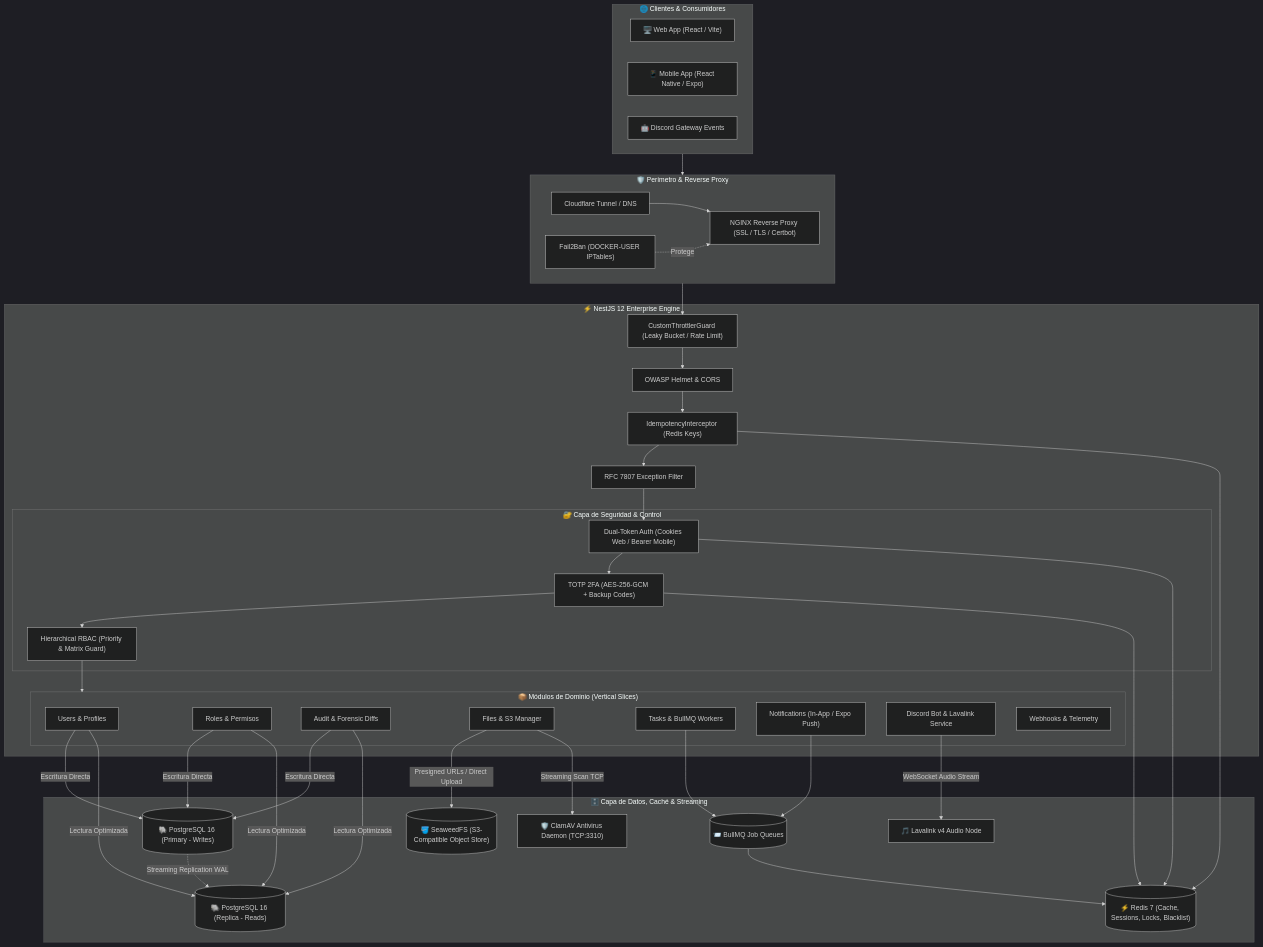
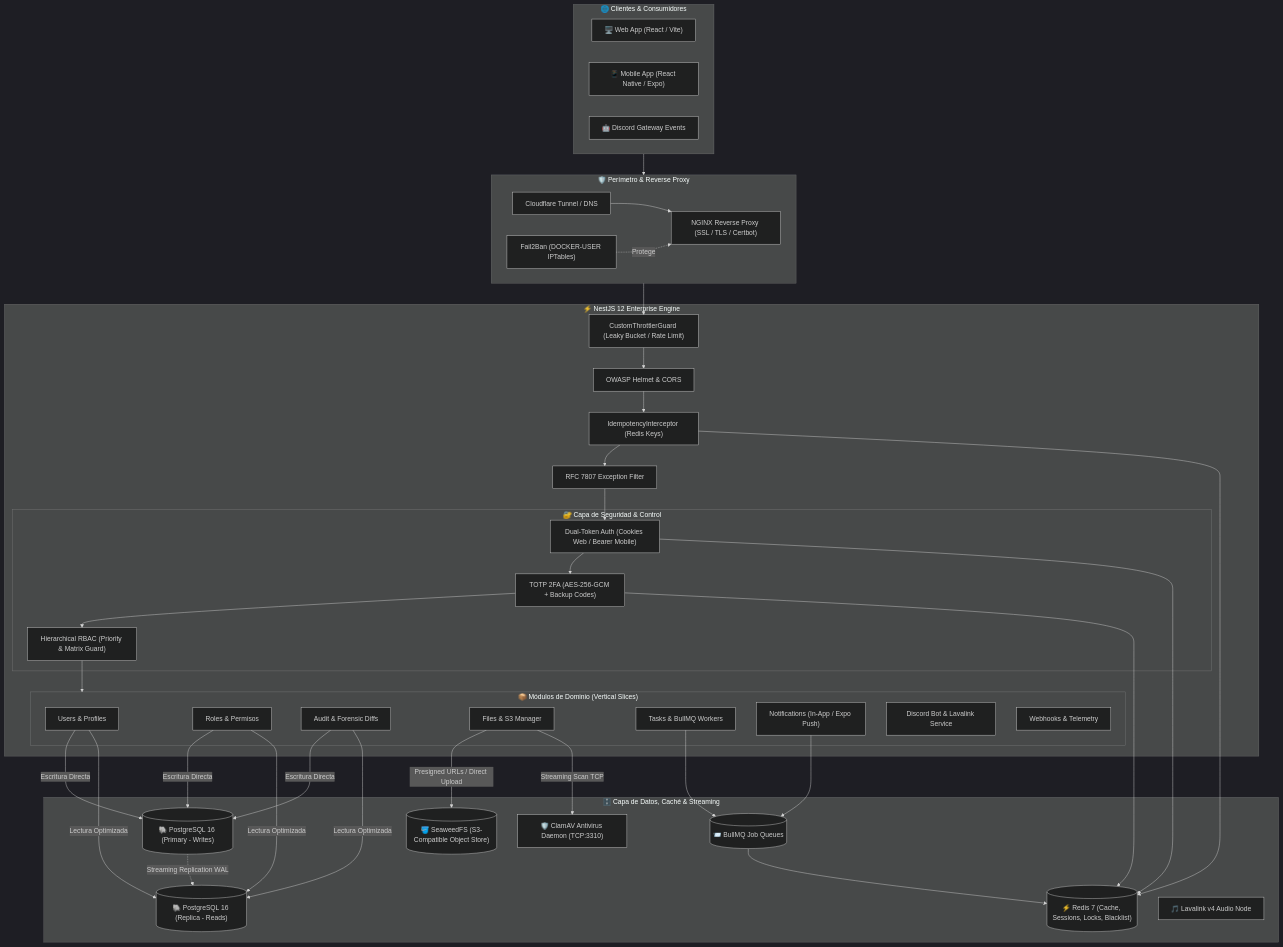
The diagram in README.md (Nano-DevCode/nestjs-backend-core), drawn with Mermaid (dark theme) before and after one commit. The commit also changed other lines of this file and 4 other files, not shown here.

````diff
--- a/README.md
+++ b/README.md
@@ -43,68 +41,67 @@
 ```mermaid
 flowchart TD
     subgraph Clients["🌐 Clientes & Consumidores"]
         Web["🖥️ Web App (React / Vite)"]
         Mobile["📱 Mobile App (React Native / Expo)"]
         Discord["🤖 Discord Gateway Events"]
     end
 
     subgraph Perimeter["🛡️ Perímetro & Reverse Proxy"]
         CF["Cloudflare Tunnel / DNS"]
         F2B["Fail2Ban (DOCKER-USER IPTables)"]
         Nginx["NGINX Reverse Proxy (SSL / TLS / Certbot)"]
         CF --> Nginx
         F2B -.->|Protege| Nginx
     end
 
     subgraph API_Core["⚡ NestJS 12 Enterprise Engine"]
         Throttler["CustomThrottlerGuard (Leaky Bucket / Rate Limit)"]
         Helmet["OWASP Helmet & CORS"]
         Idemp["IdempotencyInterceptor (Redis Keys)"]
         RFC7807["RFC 7807 Exception Filter"]
         
         subgraph Auth_Security["🔐 Capa de Seguridad & Control"]
             DualAuth["Dual-Token Auth (Cookies Web / Bearer Mobile)"]
             TwoFactor["TOTP 2FA (AES-256-GCM + Backup Codes)"]
             RBAC["Hierarchical RBAC (Priority & Matrix Guard)"]
         end
 
         subgraph Core_Domains["📦 Módulos de Dominio (Vertical Slices)"]
             Users["Users & Profiles"]
             Roles["Roles & Permisos"]
             Audit["Audit & Forensic Diffs"]
             FilesModule["Files & S3 Manager"]
             Tasks["Tasks & BullMQ Workers"]
             Notifications["Notifications (In-App / Expo Push)"]
             DiscordBot["Discord Bot & Lavalink Service"]
             Webhooks["Webhooks & Telemetry"]
         end
     end
 
     subgraph Persistence["🗄️ Capa de Datos, Caché & Streaming"]
         PG_Primary[("🐘 PostgreSQL 16 (Primary - Writes)")]
         PG_Replica[("🐘 PostgreSQL 16 (Replica - Reads)")]
         Redis_Store[("⚡ Redis 7 (Cache, Sessions, Locks, Blacklist)")]
         BullMQ_Queues[("📨 BullMQ Job Queues")]
         Seaweed_S3[("🪣 SeaweedFS (S3-Compatible Object Store)")]
         ClamAV_Daemon["🛡️ ClamAV Antivirus Daemon (TCP:3310)"]
         Lavalink_Node["🎵 Lavalink v4 Audio Node"]
     end
 
     Clients --> Perimeter
     Perimeter --> Throttler
     Throttler --> Helmet --> Idemp --> RFC7807
     RFC7807 --> DualAuth --> TwoFactor --> RBAC
     RBAC --> Core_Domains
 
     Users & Roles & Audit -->|Escritura Directa| PG_Primary
     Users & Roles & Audit -->|Lectura Optimizada| PG_Replica
     PG_Primary -.->|Streaming Replication WAL| PG_Replica
     
     DualAuth & Idemp & TwoFactor --> Redis_Store
     Tasks & Notifications --> BullMQ_Queues
     BullMQ_Queues --> Redis_Store
     
     FilesModule -->|Presigned URLs / Direct Upload| Seaweed_S3
     FilesModule -->|Streaming Scan TCP| ClamAV_Daemon
-    DiscordBot -->|WebSocket Audio Stream| Lavalink_Node
 ```
````
